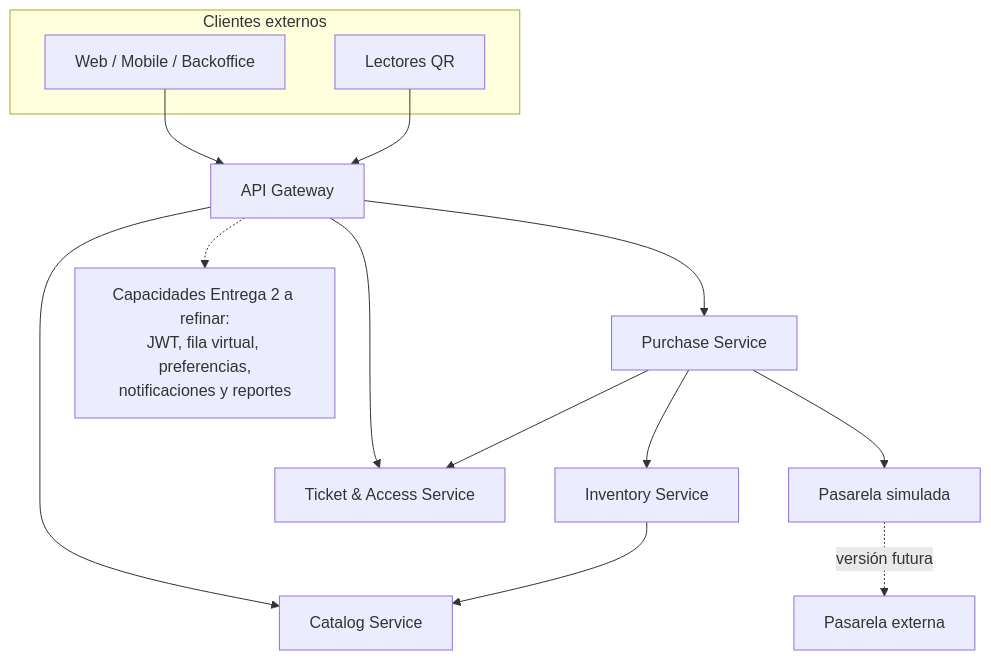
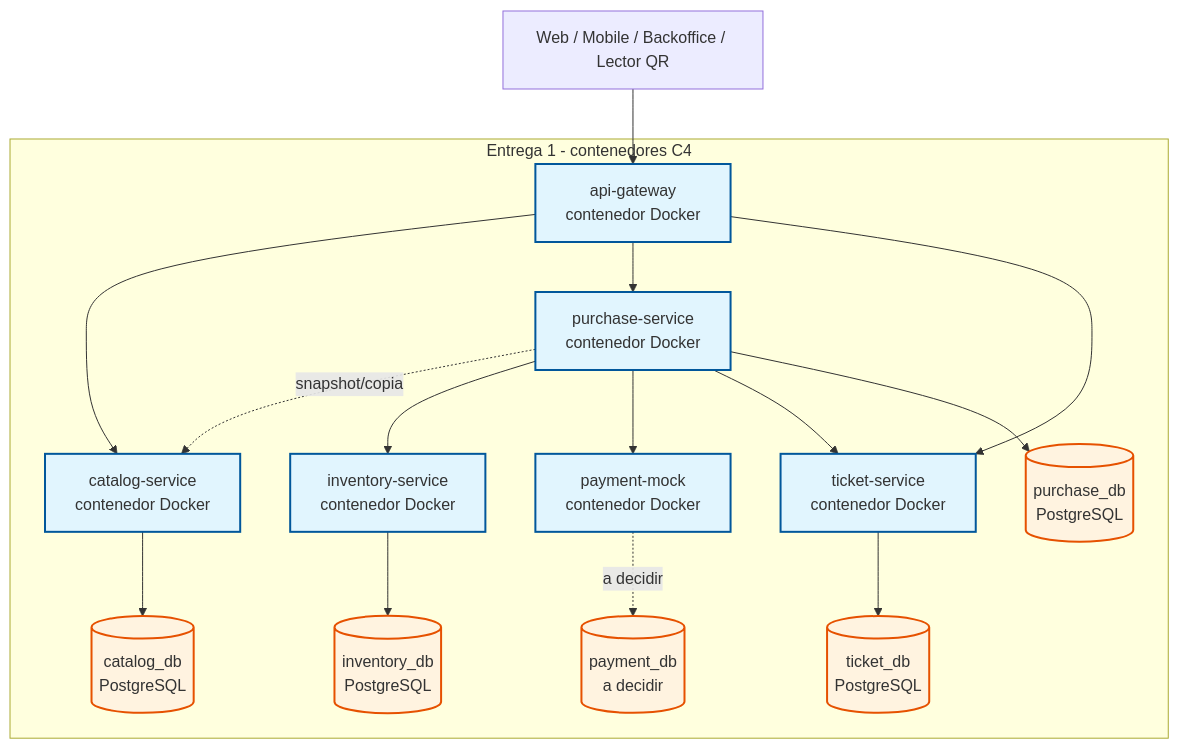
Before and after one commit to rami-bit/ArquitecturasWeb_TPE: the second of 10 diagrams in ticketya/openspec/changes/establish-ticketya-architecture/design.md, drawn with Mermaid. The commit also changed other lines of this file and 5 other files, not shown here.

Commit message:
docs(architecture): refinar tarea 1.1 con diagramas D1-D5

````diff
--- a/ticketya/openspec/changes/establish-ticketya-architecture/design.md
+++ b/ticketya/openspec/changes/establish-ticketya-architecture/design.md
@@ -98,28 +100,39 @@
 ```mermaid
 flowchart TB
-    subgraph Clients[Clientes externos]
-        Apps[Web / Mobile / Backoffice]
-        Scan[Lectores QR]
+    subgraph E1[Entrega 1 - contenedores C4]
+        Gateway[api-gateway<br/>contenedor Docker]
+        Catalog[catalog-service<br/>contenedor Docker]
+        Inventory[inventory-service<br/>contenedor Docker]
+        Purchase[purchase-service<br/>contenedor Docker]
+        Payment[payment-mock<br/>contenedor Docker]
+        Ticket[ticket-service<br/>contenedor Docker]
+
+        CatalogDB[(catalog_db<br/>PostgreSQL)]
+        InventoryDB[(inventory_db<br/>PostgreSQL)]
+        PurchaseDB[(purchase_db<br/>PostgreSQL)]
+        TicketDB[(ticket_db<br/>PostgreSQL)]
+        PaymentDB[(payment_db<br/>a decidir)]
     end
 
-    Gateway[API Gateway]
-    Catalog[Catalog Service]
-    Inventory[Inventory Service]
-    Purchase[Purchase Service]
-    Ticket[Ticket & Access Service]
-    Payment[Pasarela simulada]
-    Delivery2[Capacidades Entrega 2 a refinar:<br/>JWT, fila virtual, preferencias,<br/>notificaciones y reportes]
+    Clients[Web / Mobile / Backoffice / Lector QR] --> Gateway
 
-    Apps --> Gateway
-    Scan --> Gateway
     Gateway --> Catalog
     Gateway --> Purchase
     Gateway --> Ticket
-    Gateway -.-> Delivery2
 
+    Purchase -. snapshot/copia .-> Catalog
     Purchase --> Inventory
     Purchase --> Payment
     Purchase --> Ticket
-    Inventory --> Catalog
-    Payment -. versión futura .-> PSP[Pasarela externa]
+
+    Catalog --> CatalogDB
+    Inventory --> InventoryDB
+    Purchase --> PurchaseDB
+    Ticket --> TicketDB
+    Payment -. a decidir .-> PaymentDB
+
+    classDef servicio fill:#e1f5fe,stroke:#01579b,stroke-width:2px;
+    classDef base fill:#fff3e0,stroke:#e65100,stroke-width:2px;
+    class Gateway,Catalog,Inventory,Purchase,Payment,Ticket servicio;
+    class CatalogDB,InventoryDB,PurchaseDB,TicketDB,PaymentDB base;
 ```
````
